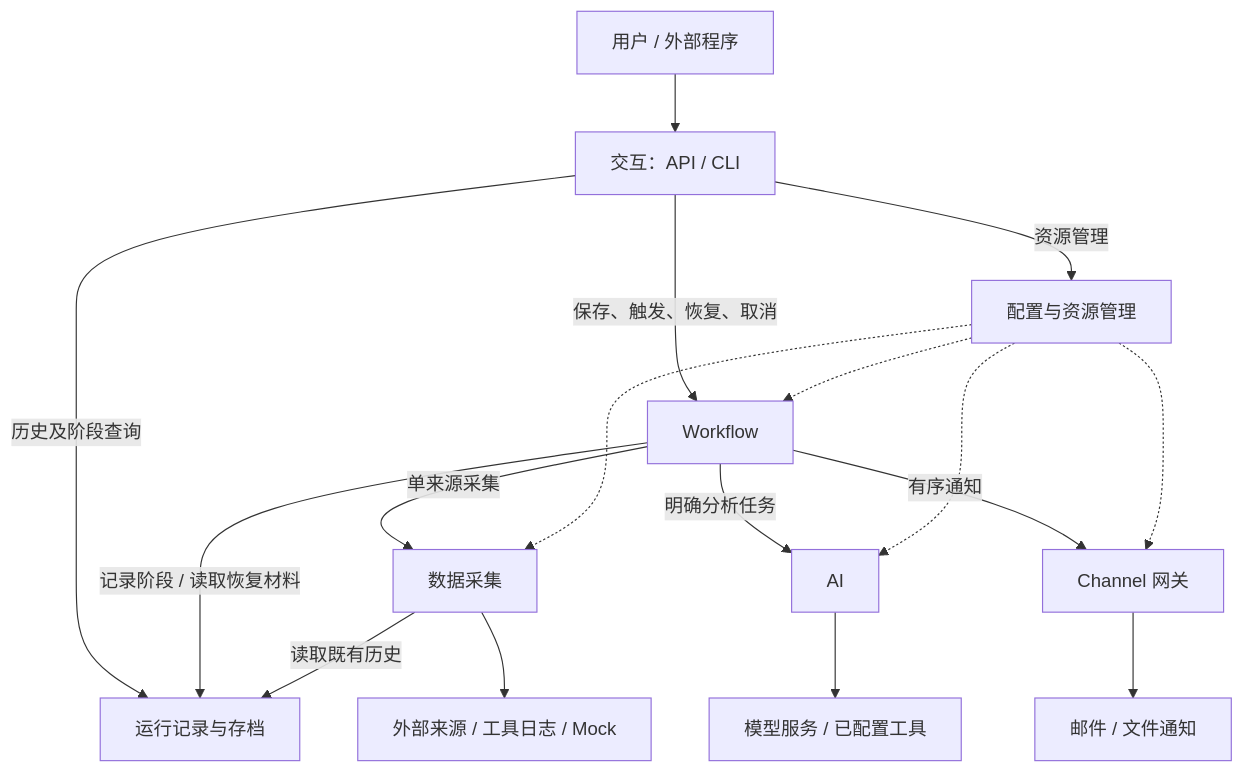
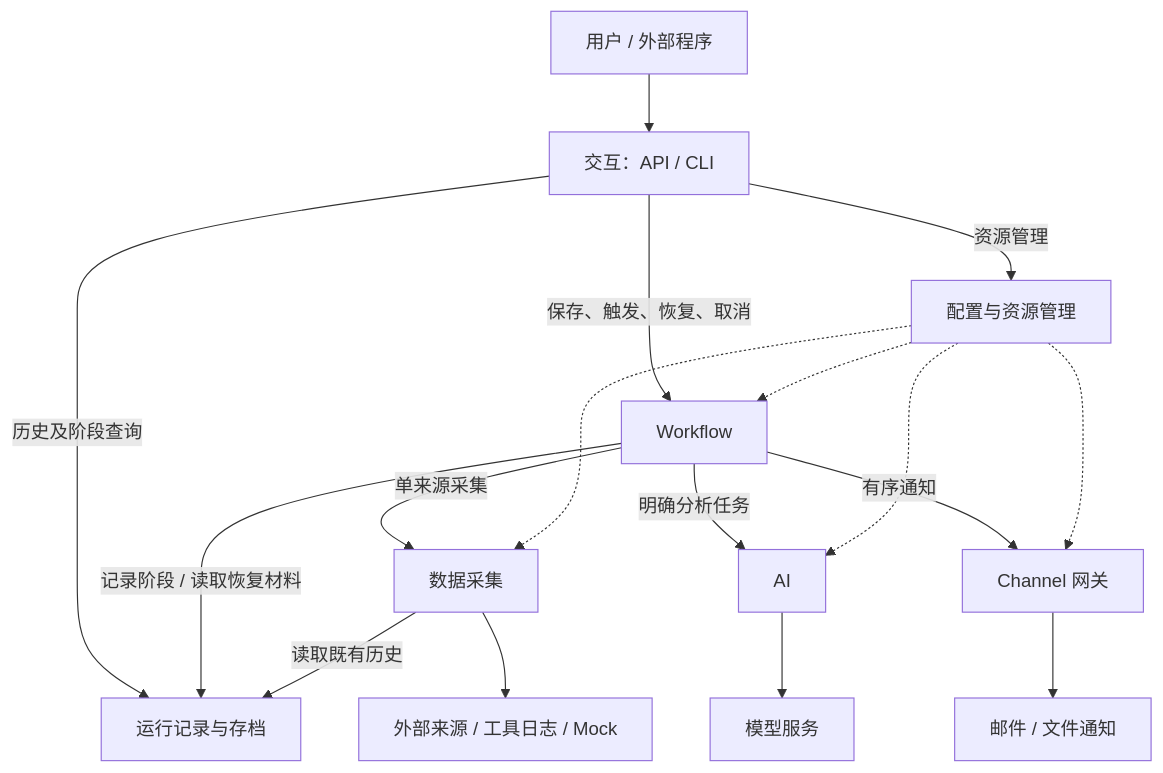
The first of 2 diagrams in openspec/changes/configurable-collection-analysis-workflow/design.md (striiiiiing/WorkFLowWeave), drawn with Mermaid before and after one commit. The commit also changed other lines of this file and 3 other files, not shown here.

````diff
--- a/openspec/changes/configurable-collection-analysis-workflow/design.md
+++ b/openspec/changes/configurable-collection-analysis-workflow/design.md
@@ -29,19 +29,19 @@
 ```mermaid
 flowchart TB
     User[用户 / 外部程序] --> Interaction[交互：API / CLI]
     Interaction -->|保存、触发、恢复、取消| Workflow[Workflow]
     Interaction -->|资源管理| Config[配置与资源管理]
     Interaction -->|历史及阶段查询| Archive[运行记录与存档]
     Workflow -->|单来源采集| Collection[数据采集]
     Workflow -->|明确分析任务| AI[AI]
     Workflow -->|有序通知| Gateway[Channel 网关]
     Workflow -->|记录阶段 / 读取恢复材料| Archive
     Collection -->|读取既有历史| Archive
     Config -.-> Workflow
     Config -.-> Collection
     Config -.-> AI
     Config -.-> Gateway
     Collection --> Sources[外部来源 / 工具日志 / Mock]
-    AI --> Models[模型服务 / 已配置工具]
+    AI --> Models[模型服务]
     Gateway --> Destinations[邮件 / 文件通知]
 ```
````
